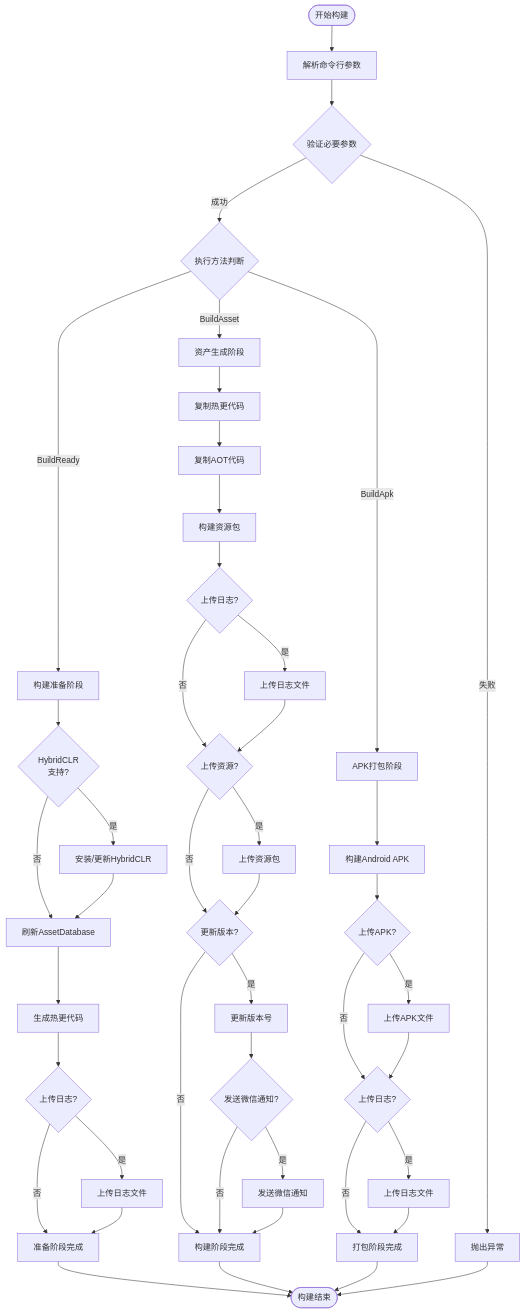
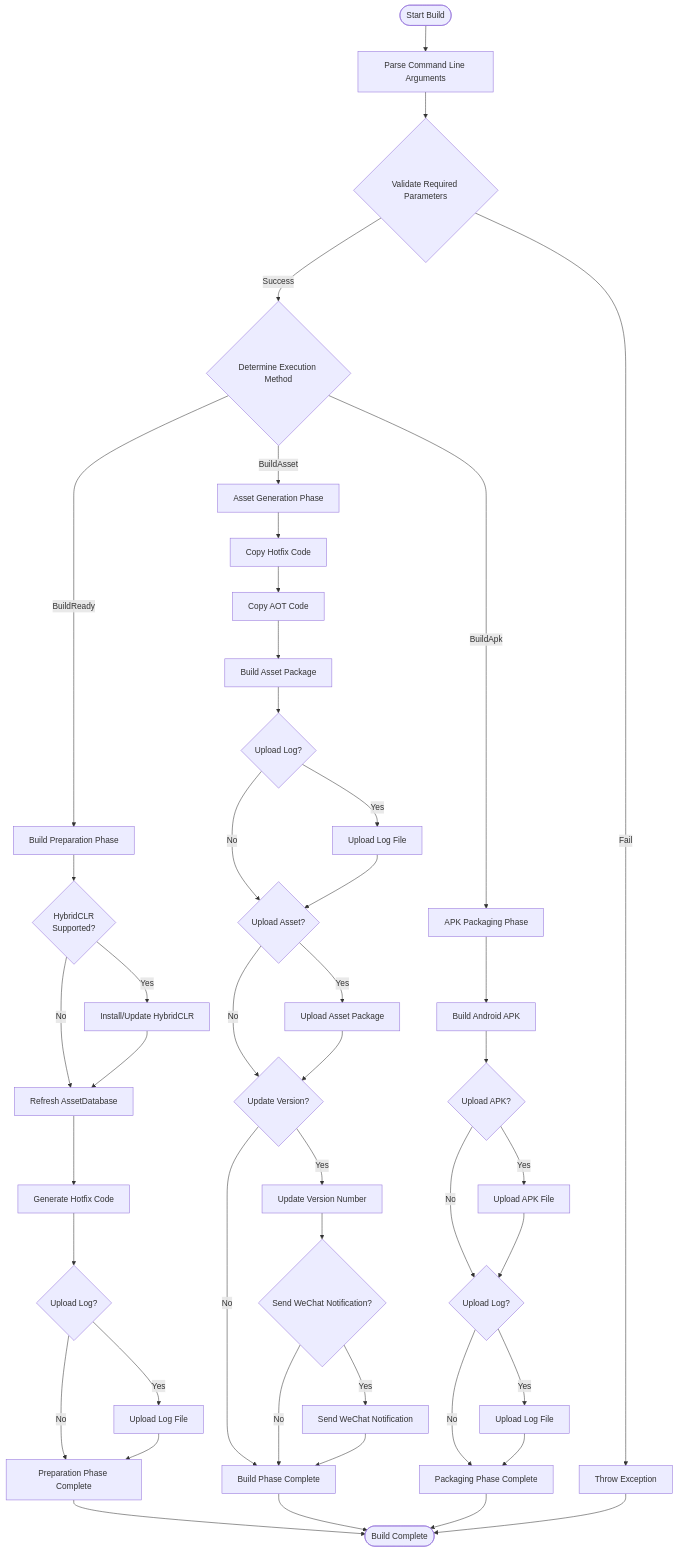
The second of 2 diagrams in docs/en/client/unity/component/builder/01.overview.md (AlianBlank/GameFrameX.Docs), drawn with Mermaid before and after one commit. The commit also changed other lines of this file and 242 other files, not shown here.

````diff
--- a/docs/en/client/unity/component/builder/01.overview.md
+++ b/docs/en/client/unity/component/builder/01.overview.md
@@ -180,52 +180,52 @@
 ```mermaid
 flowchart TD
-    Start([开始构建]) --> ParseArgs[解析命令行参数]
-    ParseArgs --> Validate{验证必要参数}
-    Validate -->|失败| Error1[抛出异常]
-    Validate -->|成功| ExecuteMethod{执行方法判断}
-    
-    ExecuteMethod -->|BuildReady| Phase1[构建准备阶段]
-    ExecuteMethod -->|BuildAsset| Phase2[资产生成阶段]
-    ExecuteMethod -->|BuildApk| Phase3[APK打包阶段]
-    
-    Phase1 --> HybridCLR{HybridCLR<br/>支持?}
-    HybridCLR -->|是| InstallHC[安装/更新HybridCLR]
-    HybridCLR -->|否| Refresh1[刷新AssetDatabase]
+    Start([Start Build]) --> ParseArgs[Parse Command Line Arguments]
+    ParseArgs --> Validate{Validate Required Parameters}
+    Validate -->|Fail| Error1[Throw Exception]
+    Validate -->|Success| ExecuteMethod{Determine Execution Method}
+
+    ExecuteMethod -->|BuildReady| Phase1[Build Preparation Phase]
+    ExecuteMethod -->|BuildAsset| Phase2[Asset Generation Phase]
+    ExecuteMethod -->|BuildApk| Phase3[APK Packaging Phase]
+
+    Phase1 --> HybridCLR{HybridCLR<br/>Supported?}
+    HybridCLR -->|Yes| InstallHC[Install/Update HybridCLR]
+    HybridCLR -->|No| Refresh1[Refresh AssetDatabase]
     InstallHC --> Refresh1
-    Refresh1 --> Generate[生成热更代码]
-    Generate --> UploadLog1{上传日志?}
-    UploadLog1 -->|是| UploadLogFile1[上传日志文件]
-    UploadLog1 -->|否| Phase1End[准备阶段完成]
+    Refresh1 --> Generate[Generate Hotfix Code]
+    Generate --> UploadLog1{Upload Log?}
+    UploadLog1 -->|Yes| UploadLogFile1[Upload Log File]
+    UploadLog1 -->|No| Phase1End[Preparation Phase Complete]
     UploadLogFile1 --> Phase1End
-    
-    Phase2 --> CopyHotfix[复制热更代码]
-    CopyHotfix --> CopyAOT[复制AOT代码]
-    CopyAOT --> BuildBundle[构建资源包]
-    BuildBundle --> UploadLog2{上传日志?}
-    UploadLog2 -->|是| UploadLogFile2[上传日志文件]
-    UploadLog2 -->|否| CheckAsset{上传资源?}
+
+    Phase2 --> CopyHotfix[Copy Hotfix Code]
+    CopyHotfix --> CopyAOT[Copy AOT Code]
+    CopyAOT --> BuildBundle[Build Asset Package]
+    BuildBundle --> UploadLog2{Upload Log?}
+    UploadLog2 -->|Yes| UploadLogFile2[Upload Log File]
+    UploadLog2 -->|No| CheckAsset{Upload Asset?}
     UploadLogFile2 --> CheckAsset
-    CheckAsset -->|是| UploadBundle[上传资源包]
-    CheckAsset -->|否| CheckVersion{更新版本?}
+    CheckAsset -->|Yes| UploadBundle[Upload Asset Package]
+    CheckAsset -->|No| CheckVersion{Update Version?}
     UploadBundle --> CheckVersion
-    CheckVersion -->|是| UpdateVersion[更新版本号]
-    CheckVersion -->|否| Phase2End[构建阶段完成]
-    UpdateVersion --> Notify{发送微信通知?}
-    Notify -->|是| SendNotify[发送微信通知]
-    Notify -->|否| Phase2End
+    CheckVersion -->|Yes| UpdateVersion[Update Version Number]
+    CheckVersion -->|No| Phase2End[Build Phase Complete]
+    UpdateVersion --> Notify{Send WeChat Notification?}
+    Notify -->|Yes| SendNotify[Send WeChat Notification]
+    Notify -->|No| Phase2End
     SendNotify --> Phase2End
-    
-    Phase3 --> BuildAndroid[构建Android APK]
-    BuildAndroid --> UploadApk{上传APK?}
-    UploadApk -->|是| UploadAPKFile[上传APK文件]
-    UploadApk -->|否| CheckLog3{上传日志?}
+
+    Phase3 --> BuildAndroid[Build Android APK]
+    BuildAndroid --> UploadApk{Upload APK?}
+    UploadApk -->|Yes| UploadAPKFile[Upload APK File]
+    UploadApk -->|No| CheckLog3{Upload Log?}
     UploadAPKFile --> CheckLog3
-    CheckLog3 -->|是| UploadLogFile3[上传日志文件]
-    CheckLog3 -->|否| Phase3End[打包阶段完成]
+    CheckLog3 -->|Yes| UploadLogFile3[Upload Log File]
+    CheckLog3 -->|No| Phase3End[Packaging Phase Complete]
     UploadLogFile3 --> Phase3End
-    
-    Phase1End --> End([构建结束])
+
+    Phase1End --> End([Build Complete])
     Phase2End --> End
     Phase3End --> End
     Error1 --> End
 ```
````
